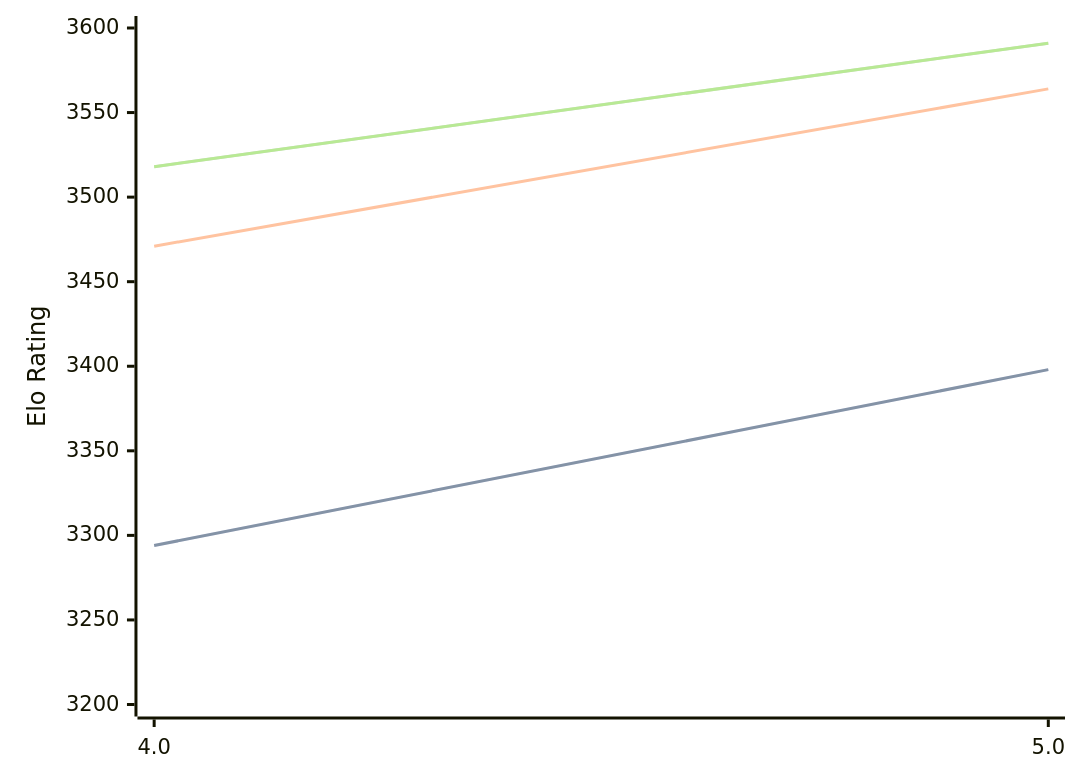
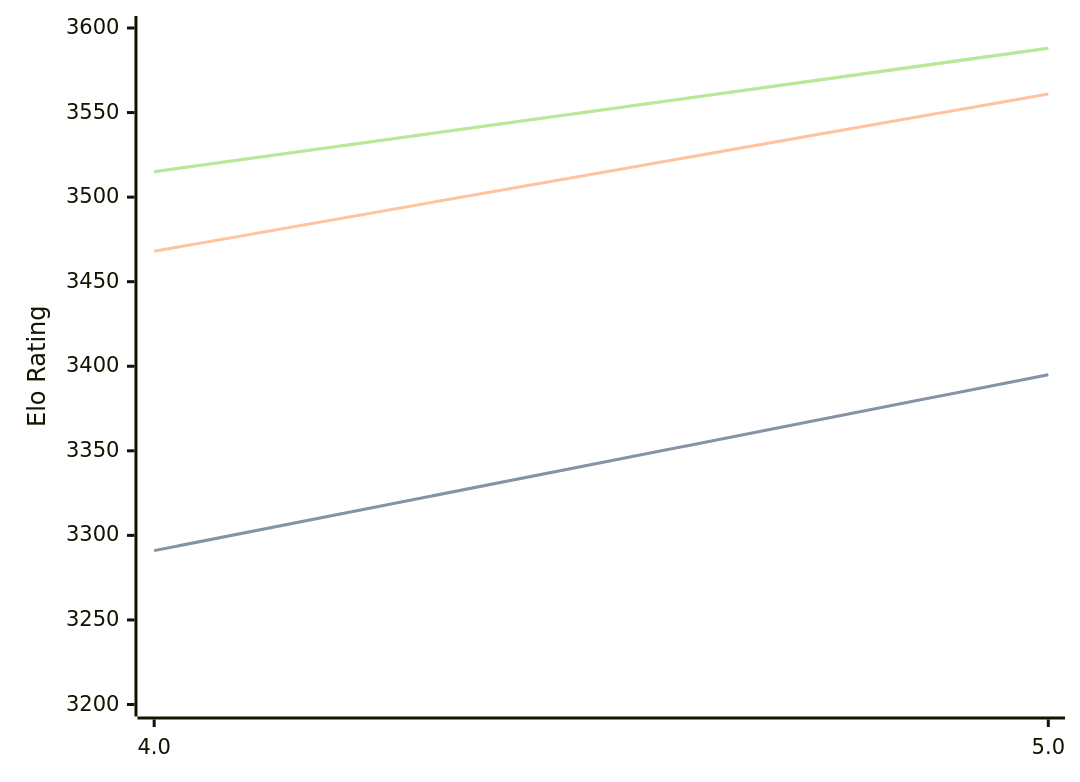
The diagram in engines/Tarnished.md (computer-chess-index/cci), drawn with Mermaid before and after one commit. The commit also changed other lines of this file, not shown here.

Commit message:
Update CCI Ratings (ELO VLTC) - 2026-03-10

````diff
--- a/engines/Tarnished.md
+++ b/engines/Tarnished.md
@@ -34,11 +34,11 @@
 ```mermaid
 %%{init: {"theme":"base","themeVariables":{"seriesColors:['#a3a3a3','#222221','#faa371']}}}%%
 xychart-beta
   x-axis ["4.0", "5.0"]
   y-axis "Elo Rating" 3200 --> 3600
-  line "STC (8.0+0.08s)" [3294, 3398]
-  line "STC (8.0+0.08s)" [3294, 3398]
-  line "LTC (60.0+0.60s)" [3471, 3564]
-  line "VLTC (2m24s+1.12s)" [3518, 3591]
-  line "VLTC (2m24s+1.12s)" [3518, 3591]
+  line "STC (8.0+0.08s)" [3291, 3395]
+  line "STC (8.0+0.08s)" [3291, 3395]
+  line "LTC (60.0+0.60s)" [3468, 3561]
+  line "VLTC (2m24s+1.12s)" [3515, 3588]
+  line "VLTC (2m24s+1.12s)" [3515, 3588]
 ```
````
